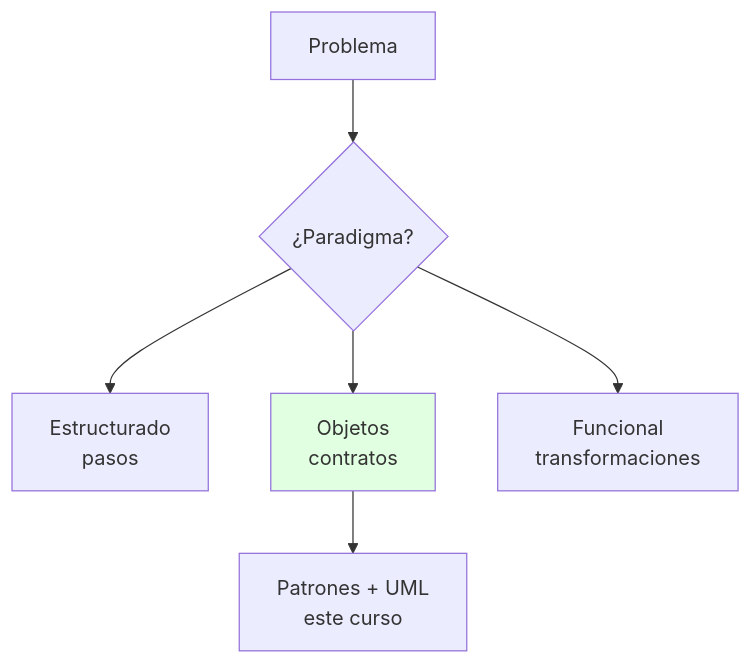
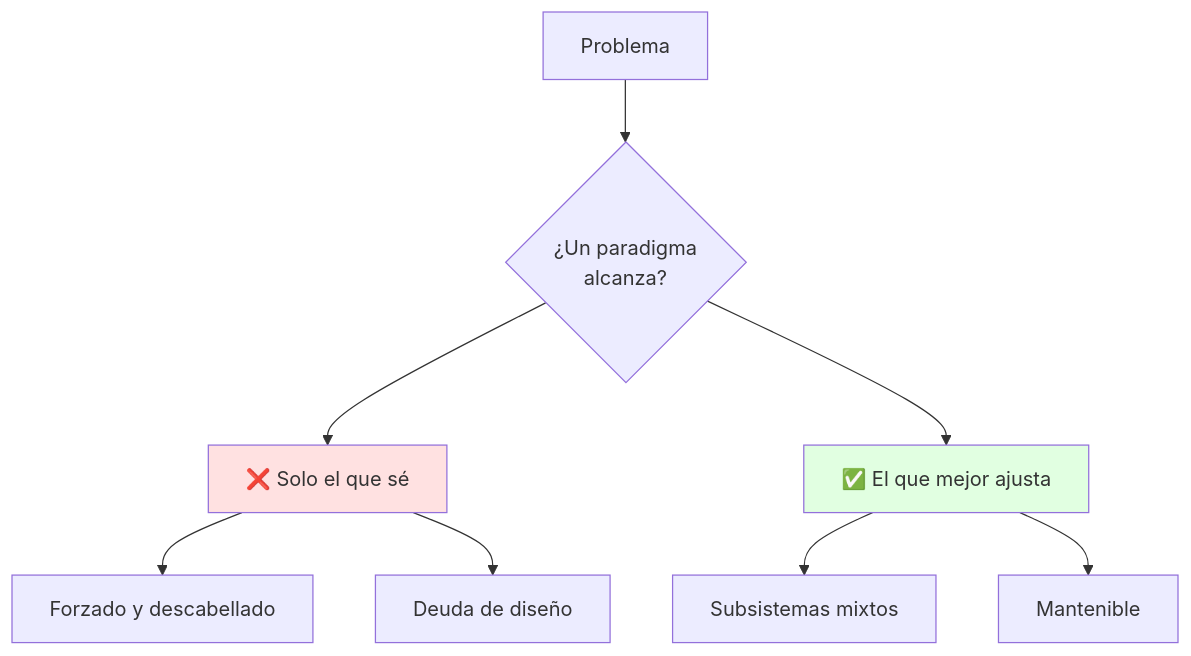
The first of 3 diagrams in src/site/notes/Universidad/3er Semestre/Diseño de Software/Unidad 1 - Introducción al diseño/03 - Paradigmas de programación y diseño.md (Fsteven22/Notas-ESPOL), drawn with Mermaid before and after one commit. The commit also changed other lines of this file and 271 other files, not shown here.

````diff
--- a/src/site/notes/Universidad/3er Semestre/Diseño de Software/Unidad 1 - Introducción al diseño/03 - Paradigmas de programación y diseño.md
+++ b/src/site/notes/Universidad/3er Semestre/Diseño de Software/Unidad 1 - Introducción al diseño/03 - Paradigmas de programación y diseño.md
@@ -28,11 +30,15 @@
 ```mermaid
 graph TB
-    A[Problema] --> B{¿Paradigma?}
-    B --> C[Estructurado<br/>pasos]
-    B --> D[Objetos<br/>contratos]
-    B --> E[Funcional<br/>transformaciones]
+    A[Problema] --> B{¿Un paradigma<br/>alcanza?}
+    B --> C[❌ Solo el que sé]
+    B --> D[✅ El que mejor ajusta]
 
-    D --> F[Patrones + UML<br/>este curso]
+    C --> C1[Forzado y descabellado]
+    C --> C2[Deuda de diseño]
 
+    D --> D1[Subsistemas mixtos]
+    D --> D2[Mantenible]
+
+    style C fill:#ffe1e1
     style D fill:#e1ffe1
 ```
````
